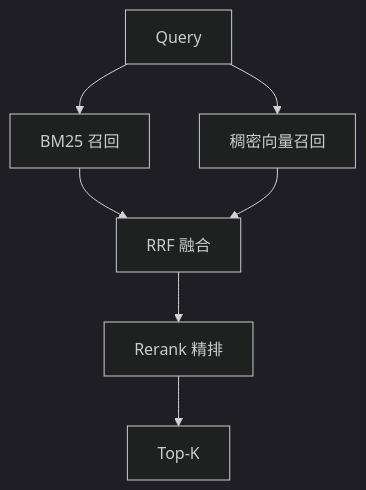
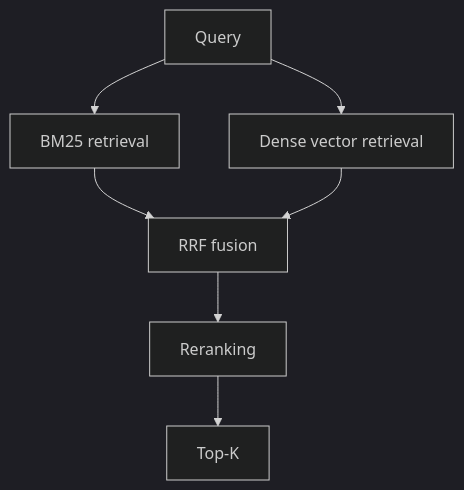
The second of 2 diagrams in docs/rag/03-retrieval/11-retrieval-paradigms.md (oneleaveknowsthefall/awesome-ai-roadmap), drawn with Mermaid (dark theme) before and after one commit. The commit also changed other lines of this file and 60 other files, not shown here.

````diff
--- a/docs/rag/03-retrieval/11-retrieval-paradigms.md
+++ b/docs/rag/03-retrieval/11-retrieval-paradigms.md
@@ -114,9 +114,9 @@
 ```mermaid
 flowchart TB
-    Q[Query] --> B[BM25 召回]
-    Q --> D[稠密向量召回]
-    B --> RRF[RRF 融合]
+    Q[Query] --> B[BM25 retrieval]
+    Q --> D[Dense vector retrieval]
+    B --> RRF[RRF fusion]
     D --> RRF
-    RRF --> RR[Rerank 精排]
+    RRF --> RR[Reranking]
     RR --> TOP[Top-K]
 ```
````
